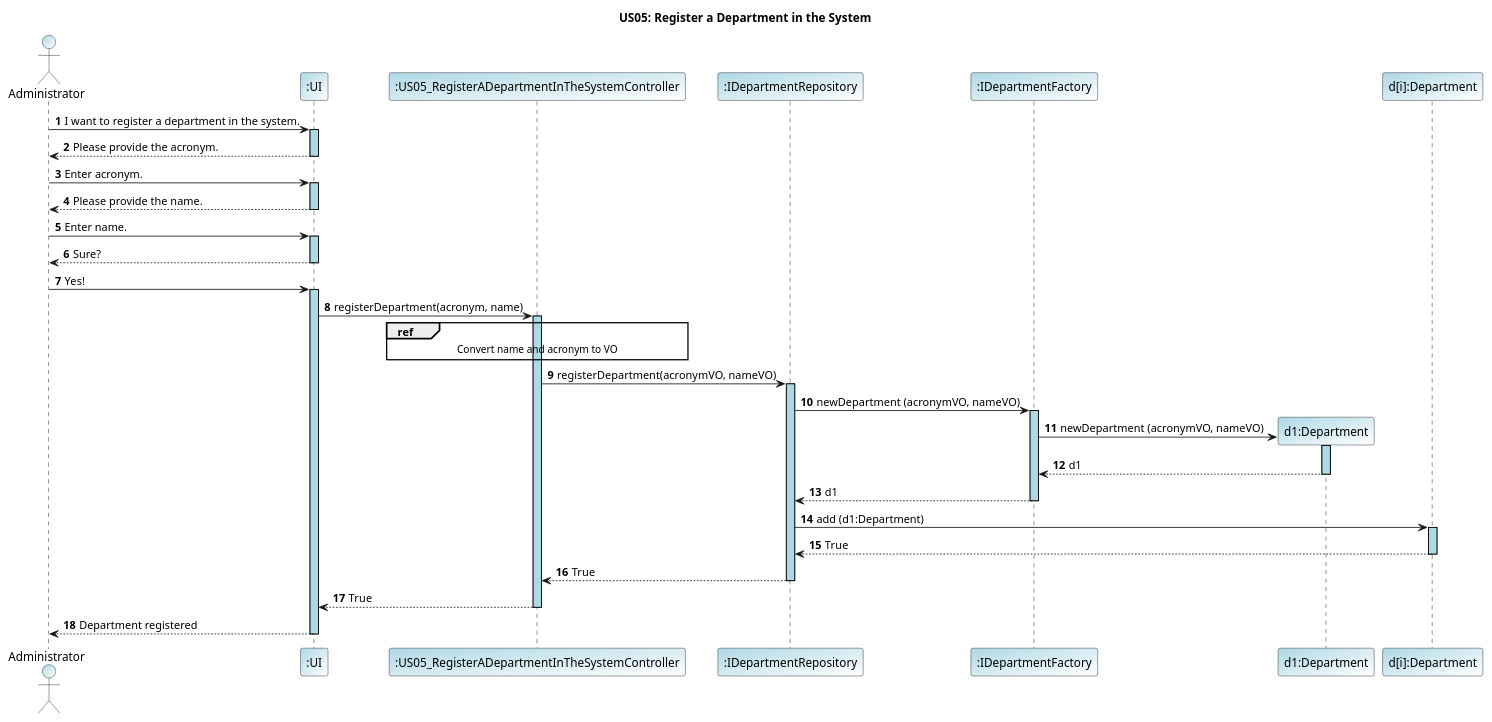
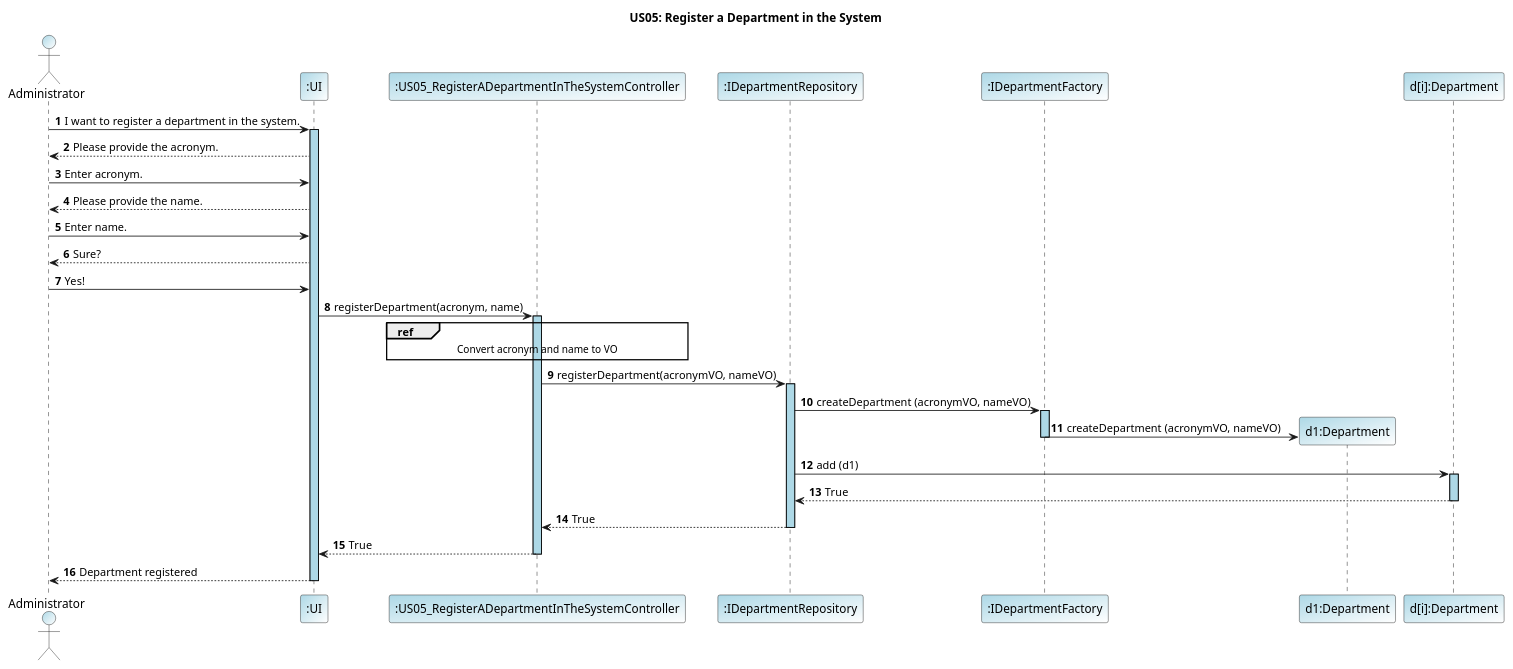
One commit to GasparISEP/DevOps-PAI changed the diagram in docs/US05/US05_DDD_DepartmentRegistrySequenceDiagram.puml. Above: the diagram before and after it, drawn with PlantUML.

Commit message:
Closes #78: Update on US05 Sequence diagram not to return the object created

```diff
--- a/docs/US05/US05_DDD_DepartmentRegistrySequenceDiagram.puml
+++ b/docs/US05/US05_DDD_DepartmentRegistrySequenceDiagram.puml
@@ -1,63 +1,56 @@
 @startuml
 
 title US05: Register a Department in the System
 
 autonumber
 skinparam sequence {
    LifelineBorderColor black
    LifelineBackgroundColor LightBlue
  }
 
 actor "Administrator" as Administrator #LightBlue/White
 participant ":UI" as UI #LightBlue/white
 participant ":US05_RegisterADepartmentInTheSystemController" as Controller #LightBlue/white
 participant ":IDepartmentRepository" as DepartmentRepository #LightBlue/white
 participant ":IDepartmentFactory" as DepartmentFactory #LightBlue/white
 participant "d1:Department" as Department #LightBlue/white
 participant "d[i]:Department" as Departmenti #LightBlue/white
 
+
 Administrator -> UI: I want to register a department in the system.
 activate UI
 UI --> Administrator: Please provide the acronym.
-deactivate UI
 Administrator -> UI: Enter acronym.
-activate UI
 UI --> Administrator: Please provide the name.
-deactivate UI
 Administrator -> UI: Enter name.
-activate UI
 UI --> Administrator: Sure?
-deactivate UI
 Administrator -> UI: Yes!
-activate UI
 
 UI -> Controller: registerDepartment(acronym, name)
 activate Controller
 
 ref over Controller
-    Convert name and acronym to VO
+    Convert acronym and name to VO
 end ref
 
 Controller -> DepartmentRepository: registerDepartment(acronymVO, nameVO)
 activate DepartmentRepository
-DepartmentRepository -> DepartmentFactory: newDepartment (acronymVO, nameVO)
+DepartmentRepository -> DepartmentFactory: createDepartment (acronymVO, nameVO)
 activate DepartmentFactory
-DepartmentFactory -> Department **: newDepartment (acronymVO, nameVO)
-activate Department
-Department --> DepartmentFactory: d1
-deactivate Department
-DepartmentFactory --> DepartmentRepository: d1
+DepartmentFactory -> Department **: createDepartment (acronymVO, nameVO)
+
+
 deactivate DepartmentFactory
-DepartmentRepository -> Departmenti: add (d1:Department)
+DepartmentRepository -> Departmenti: add (d1)
 activate Departmenti
 Departmenti --> DepartmentRepository: True
 deactivate Departmenti
 DepartmentRepository --> Controller: True
 deactivate DepartmentRepository
 
 Controller --> UI: True
 deactivate Controller
 UI --> Administrator: Department registered
 deactivate UI
 
 @enduml
```
